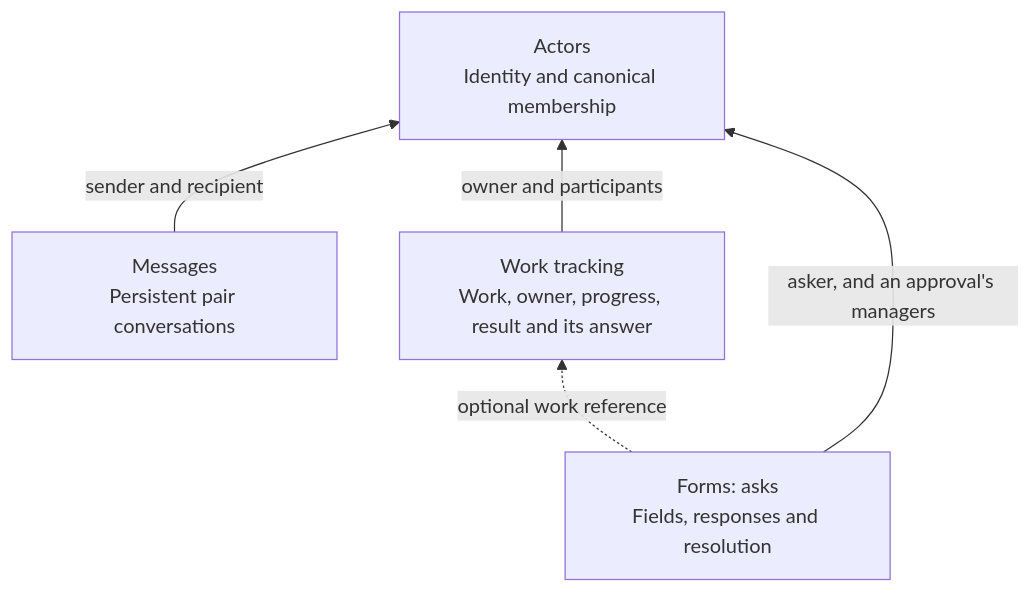
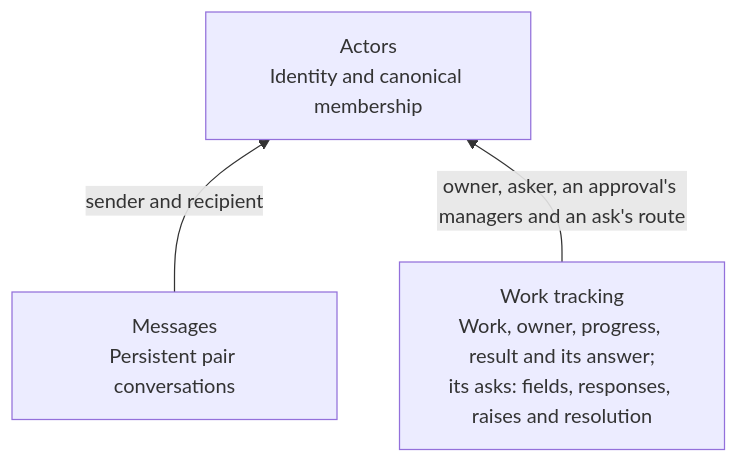
The first of 2 diagrams in docs/design.md (uniac-ai/AgenticWorkspace), drawn with Mermaid before and after one commit. The commit also changed other lines of this file and 21 other files, not shown here.

````diff
--- a/docs/design.md
+++ b/docs/design.md
@@ -9,11 +9,8 @@
 ```mermaid
 flowchart BT
     A["Actors<br/>Identity and canonical membership"]
     M["Messages<br/>Persistent pair conversations"]
-    T["Work tracking<br/>Work, owner, progress, result and its answer"]
-    F["Forms: asks<br/>Fields, responses and resolution"]
-    F -.->|"optional work reference"| T
+    T["Work tracking<br/>Work, owner, progress, result and its answer;<br/>its asks: fields, responses, raises and resolution"]
     M -->|"sender and recipient"| A
-    T -->|"owner and participants"| A
-    F -->|"asker, and an approval's managers"| A
+    T -->|"owner, asker, an approval's managers and an ask's route"| A
 ```
````
